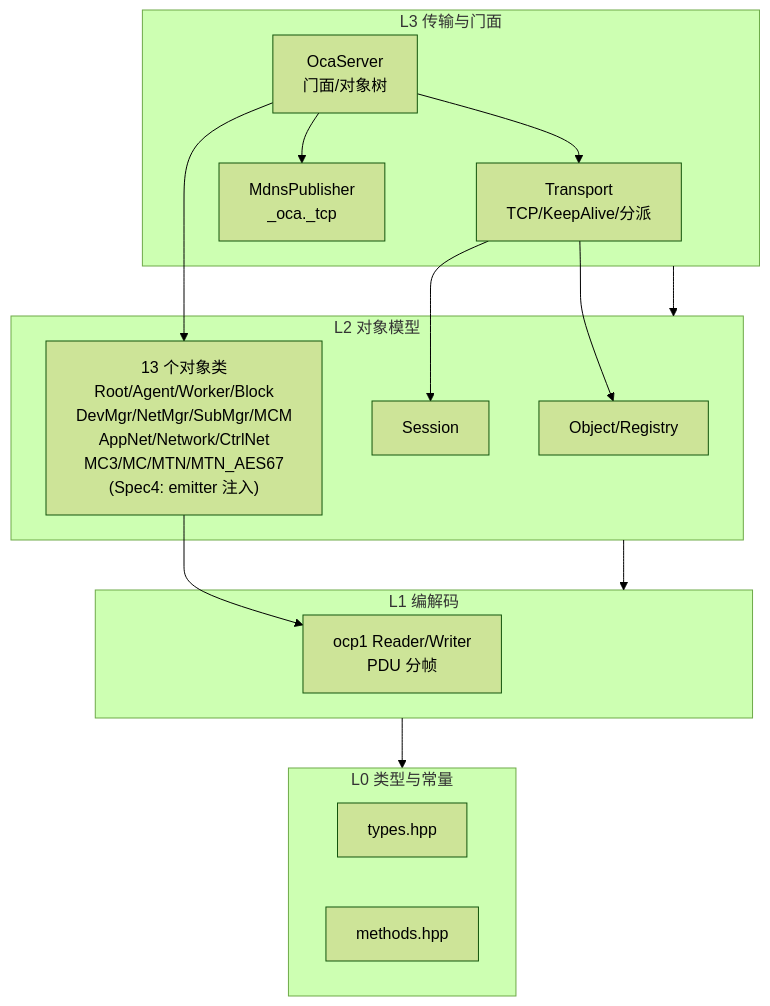
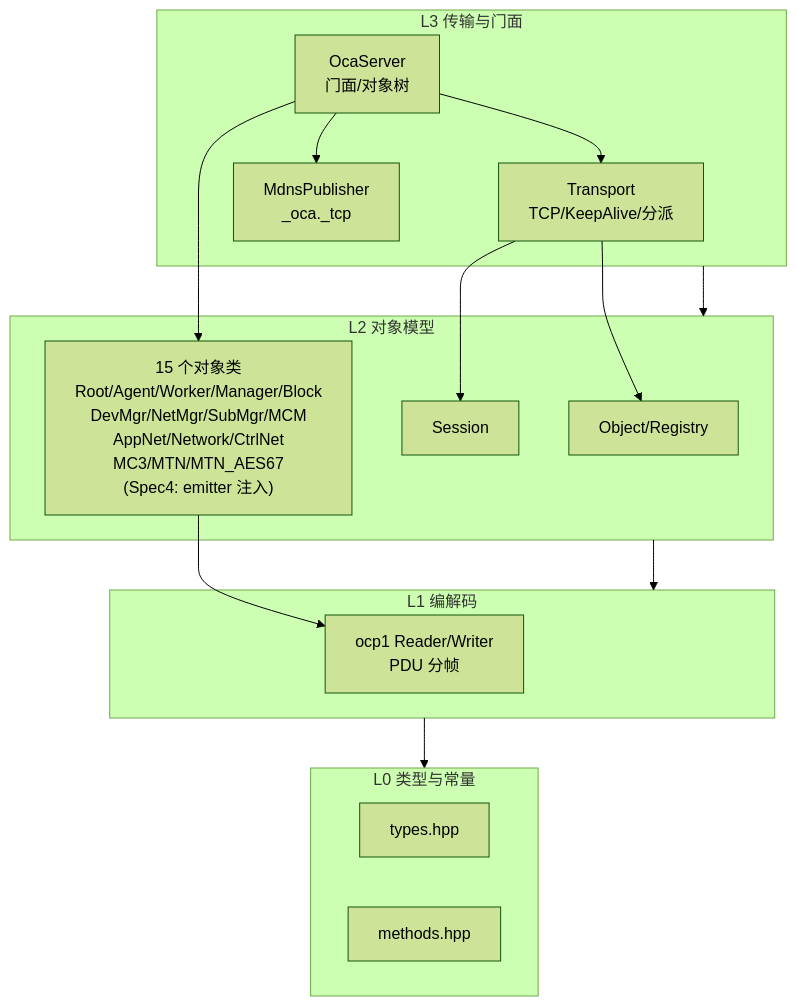
Before and after one commit to JunJunHub/aes67-linux-daemon: the first of 5 diagrams in docs/ops/oca-design-and-maintenance.md, drawn with Mermaid (forest theme). The commit also changed other lines of this file, not shown here.

First line of the commit message:
docs(oca): Fitcan 控制器兼容章节 + Spec5 合规回归记录

````diff
--- a/docs/ops/oca-design-and-maintenance.md
+++ b/docs/ops/oca-design-and-maintenance.md
@@ -11,29 +11,29 @@
 ```mermaid
 flowchart TB
     subgraph L3["L3 传输与门面"]
         T["Transport<br/>TCP/KeepAlive/分派"]
         OS["OcaServer<br/>门面/对象树"]
         MDNS["MdnsPublisher<br/>_oca._tcp"]
     end
     subgraph L2["L2 对象模型"]
         OBJ["Object/Registry"]
         SES["Session"]
-        CLS["13 个对象类<br/>Root/Agent/Worker/Block<br/>DevMgr/NetMgr/SubMgr/MCM<br/>AppNet/Network/CtrlNet<br/>MC3/MC/MTN/MTN_AES67<br/>(Spec4: emitter 注入)"]
+        CLS["15 个对象类<br/>Root/Agent/Worker/Manager/Block<br/>DevMgr/NetMgr/SubMgr/MCM<br/>AppNet/Network/CtrlNet<br/>MC3/MTN/MTN_AES67<br/>(Spec4: emitter 注入)"]
     end
     subgraph L1["L1 编解码"]
         OCP["ocp1 Reader/Writer<br/>PDU 分帧"]
     end
     subgraph L0["L0 类型与常量"]
         TYP["types.hpp"]
         MTH["methods.hpp"]
     end
     L3 --> L2
     L2 --> L1
     L1 --> L0
     OS --> T
     OS --> CLS
     OS --> MDNS
     T --> SES
     T --> OBJ
     CLS --> OCP
 ```
````
